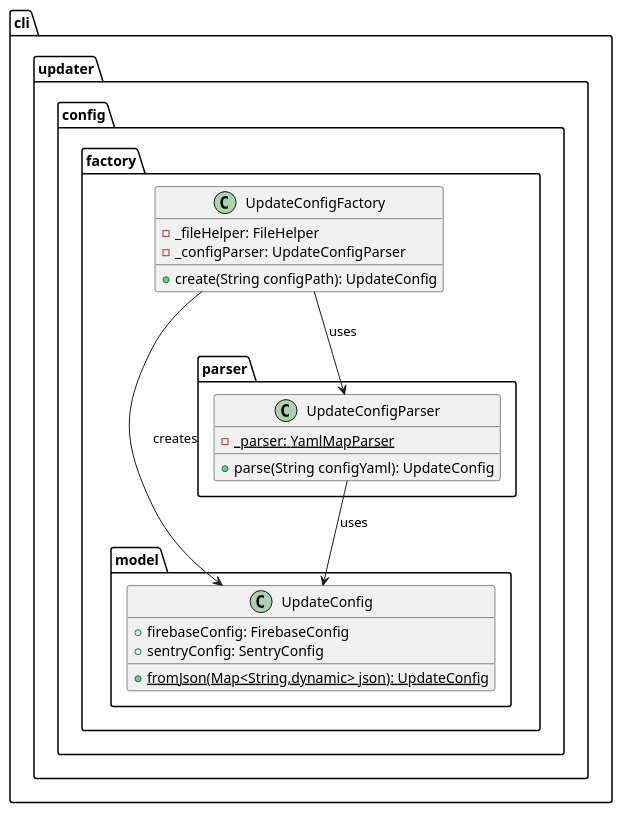
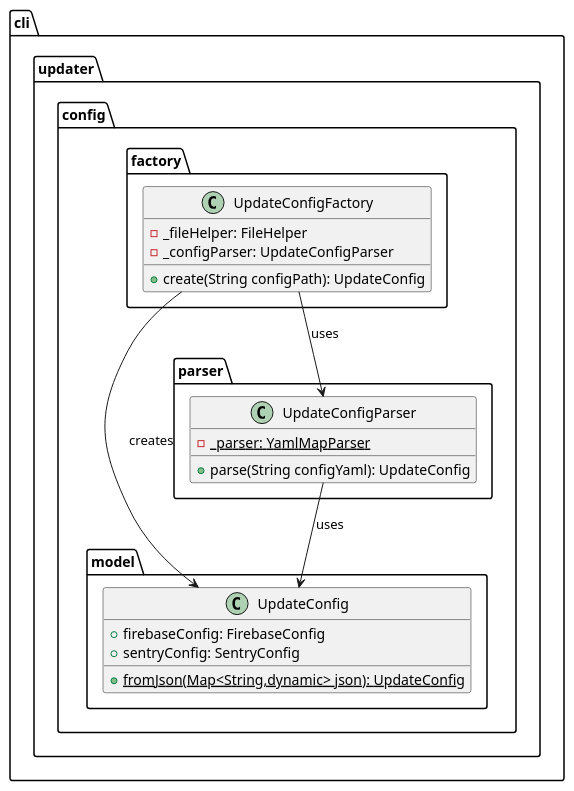
One commit to Flank/flank-dashboard changed the diagram in metrics/cli/docs/features/update/diagrams/config_yaml_parser_class_diagram.puml. Above: the diagram before and after it, drawn with PlantUML. The commit also changed 13 other files, not shown here.

Commit message:
Implement Yaml parser

```diff
--- a/metrics/cli/docs/features/update/diagrams/config_yaml_parser_class_diagram.puml
+++ b/metrics/cli/docs/features/update/diagrams/config_yaml_parser_class_diagram.puml
@@ -1,32 +1,32 @@
 @startuml config_yaml_parser_class_diagram
 
 package cli.updater.config {
     package factory {
         class UpdateConfigFactory {
             - _fileHelper: FileHelper
             - _configParser: UpdateConfigParser
             + create(String configPath): UpdateConfig
         }
+    }
 
-        package model {
-            class UpdateConfig {
-                + firebaseConfig: FirebaseConfig
-                + sentryConfig: SentryConfig
-                + {static} fromJson(Map<String,dynamic> json): UpdateConfig
-            }
+    package model {
+        class UpdateConfig {
+            + firebaseConfig: FirebaseConfig
+            + sentryConfig: SentryConfig
+            + {static} fromJson(Map<String,dynamic> json): UpdateConfig
         }
+    }
 
-        package parser {
-            class UpdateConfigParser {
-                - {static} _parser: YamlMapParser
-                + parse(String configYaml): UpdateConfig
-            }
+    package parser {
+        class UpdateConfigParser {
+            - {static} _parser: YamlMapParser
+            + parse(String configYaml): UpdateConfig
         }
     }
 }
 
 UpdateConfigParser --> UpdateConfig: uses
 UpdateConfigFactory --> UpdateConfigParser: uses
 UpdateConfigFactory --> UpdateConfig: creates
 
 @enduml
```
